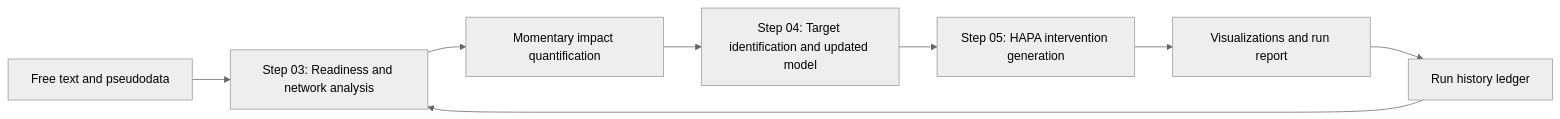
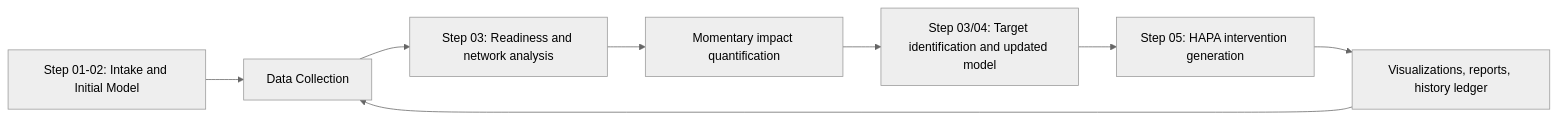
The diagram in README.md (stvsever/ThesisMaster), drawn with Mermaid (neutral theme) before and after one commit. The commit also changed other lines of this file and 765 other files, not shown here.

````diff
--- a/README.md
+++ b/README.md
@@ -76,10 +108,10 @@
 ```mermaid
 flowchart LR
-    A["Free text and pseudodata"] --> B["Step 03: Readiness and network analysis"]
-    B --> C["Momentary impact quantification"]
-    C --> D["Step 04: Target identification and updated model"]
-    D --> E["Step 05: HAPA intervention generation"]
-    E --> F["Visualizations and run report"]
-    F --> G["Run history ledger"]
+    A["Step 01-02: Intake and Initial Model"] --> B["Data Collection"]
+    B --> C["Step 03: Readiness and network analysis"]
+    C --> D["Momentary impact quantification"]
+    D --> E["Step 03/04: Target identification and updated model"]
+    E --> F["Step 05: HAPA intervention generation"]
+    F --> G["Visualizations, reports, history ledger"]
     G --> B
 ```
````
